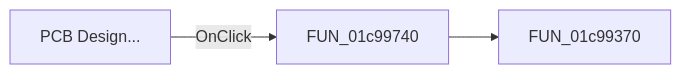
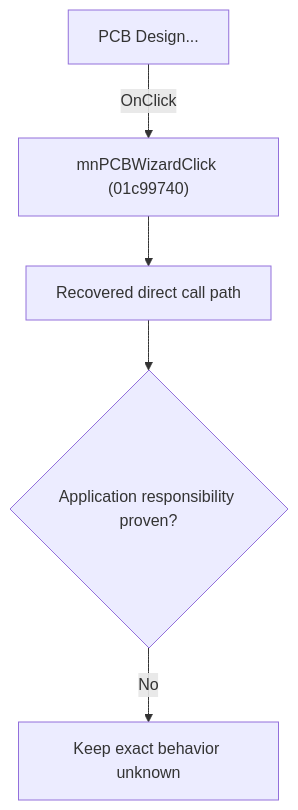
Before and after one commit to MovGP0/TIARA: the diagram in docs/ui-controls/schematiceditor/mnpcbwizard-03fa320248.md, drawn with Mermaid. The commit also changed other lines of this file and 1062 other files, not shown here.

````diff
--- a/docs/ui-controls/schematiceditor/mnpcbwizard-03fa320248.md
+++ b/docs/ui-controls/schematiceditor/mnpcbwizard-03fa320248.md
@@ -27,5 +27,7 @@
 ```mermaid
-flowchart LR
-    control["PCB Design..."] -->|OnClick| handler["FUN_01c99740"]
-    handler --> call1["FUN_01c99370"]
+flowchart TD
+    control["PCB Design..."] -->|"OnClick"| handler["mnPCBWizardClick (01c99740)"]
+    handler --> recovered["Recovered direct call path"]
+    recovered --> gap{"Application responsibility proven?"}
+    gap -->|"No"| blocked["Keep exact behavior unknown"]
 ```
````
